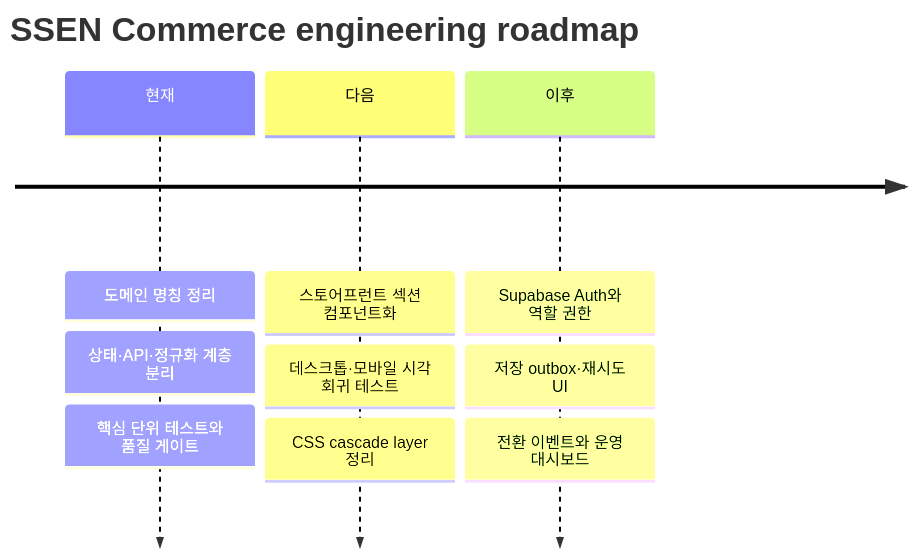
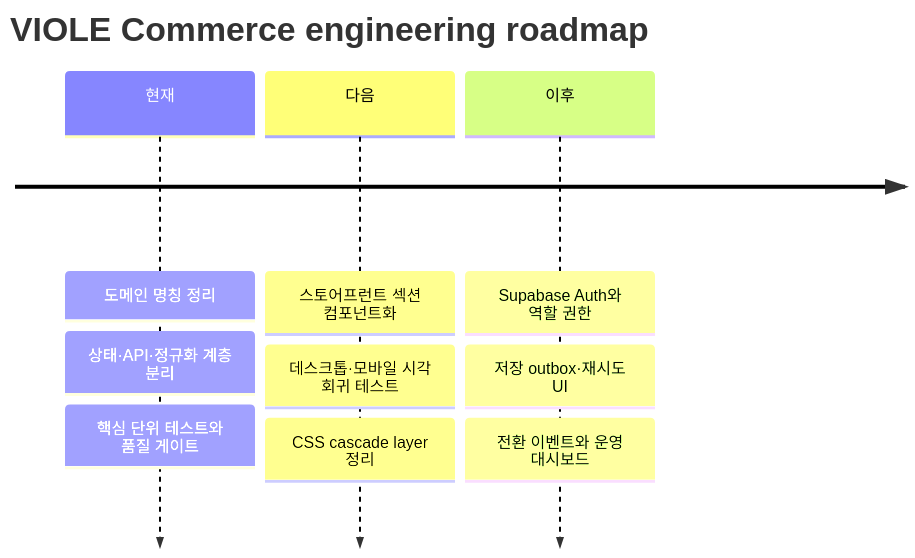
Before and after one commit to hwangsanghan0519/blog: diagram 14 of 14 in README.md, drawn with Mermaid. The commit also changed other lines of this file and 27 other files, not shown here.

````diff
--- a/README.md
+++ b/README.md
@@ -543,13 +543,13 @@
 ```mermaid
 timeline
-  title SSEN Commerce engineering roadmap
+  title VIOLE Commerce engineering roadmap
   현재 : 도메인 명칭 정리
        : 상태·API·정규화 계층 분리
        : 핵심 단위 테스트와 품질 게이트
   다음 : 스토어프런트 섹션 컴포넌트화
        : 데스크톱·모바일 시각 회귀 테스트
        : CSS cascade layer 정리
   이후 : Supabase Auth와 역할 권한
        : 저장 outbox·재시도 UI
        : 전환 이벤트와 운영 대시보드
 ```
````
